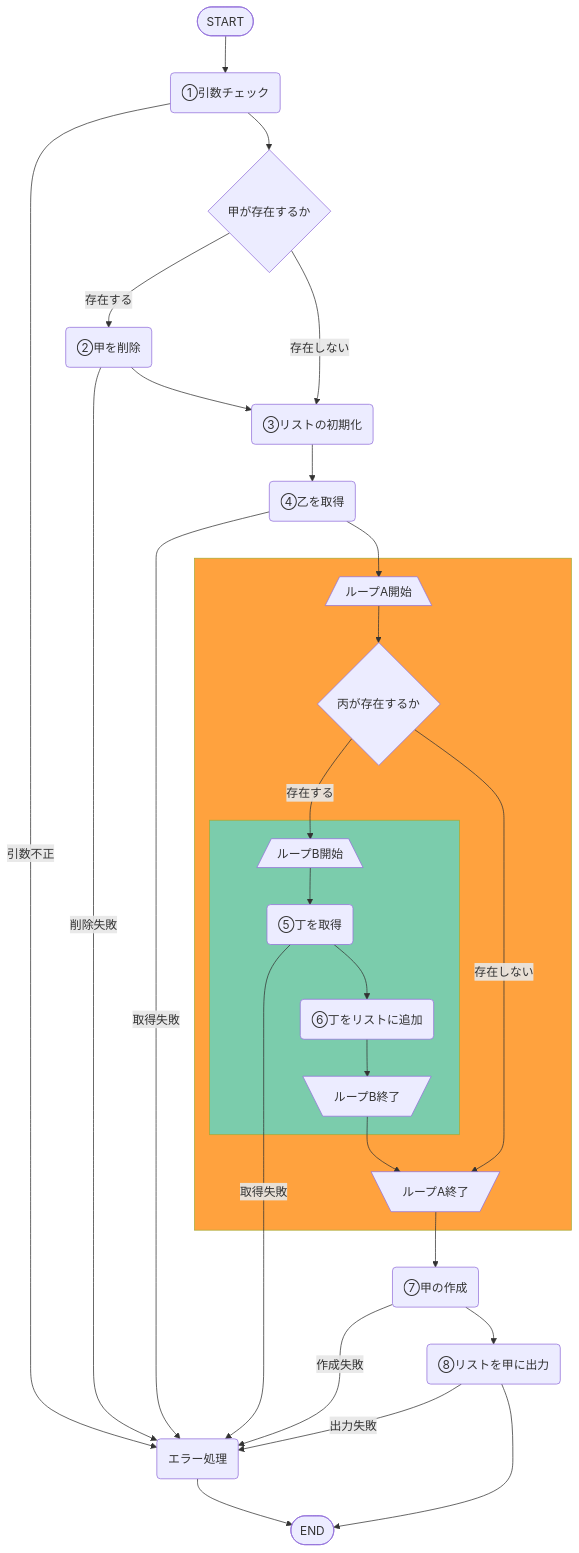
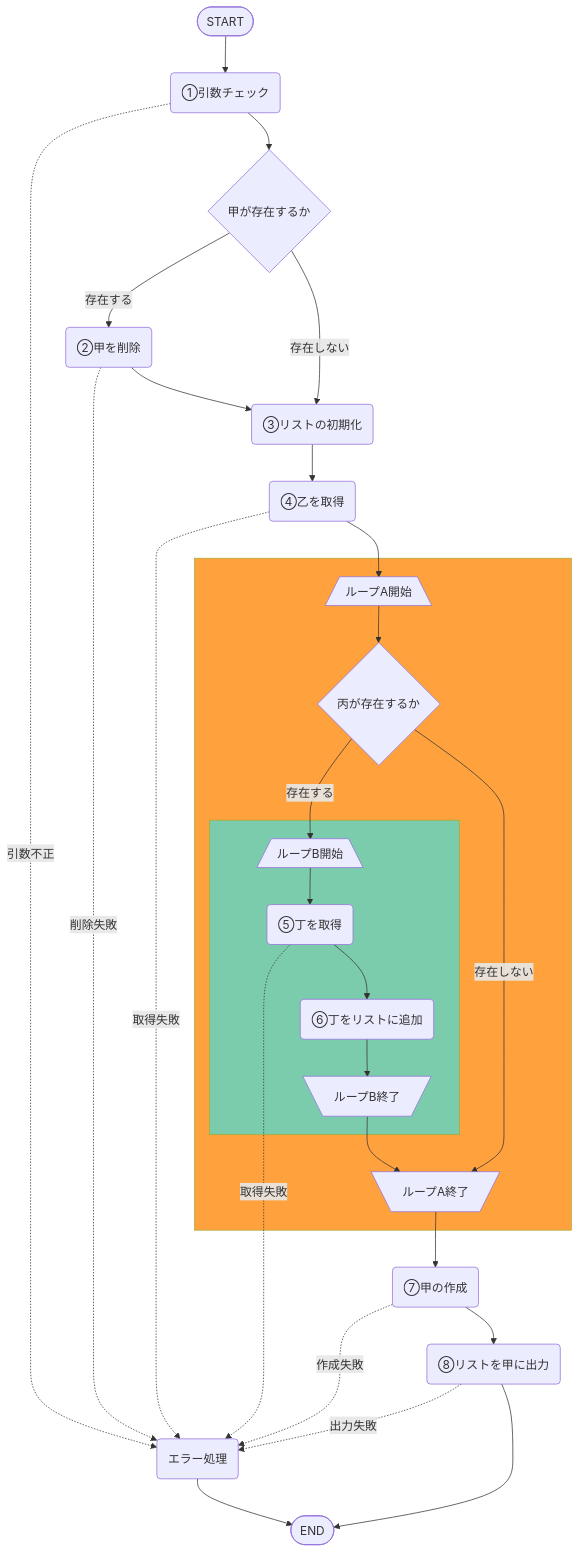
One commit to Kat-S/mermaid_test changed the diagram in フローチャート1.md. Above: the diagram before and after it, drawn with Mermaid.

````diff
--- a/フローチャート1.md
+++ b/フローチャート1.md
@@ -1,55 +1,55 @@
 ```mermaid
 graph TB
   %% ノード定義
   start(["START"])
   node_1("①引数チェック")
   fork_1{"甲が存在するか"}
   node_2("②甲を削除")  
   node_3("③リストの初期化")  
   node_4("④乙を取得")
   subgraph loop_1[" "]
     loop_1_start[/"ループA開始"\]
     loop_1_goal[\"ループA終了"/]
     fork_2{"丙が存在するか"}
     subgraph loop_2[" "]
       loop_2_start[/"ループB開始"\]
       loop_2_goal[\"ループB終了"/]  
       node_5("⑤丁を取得")
       node_6("⑥丁をリストに追加")        
     end
   end
   node_7("⑦甲の作成")
   node_8("⑧リストを甲に出力")  
   error_1("エラー処理")    
   goal(["END"])
 
   %% ノードスタイル定義
   style loop_1 fill:#ffa23e
   style loop_2 fill:#7BCCAC
 
   %% リンク定義
   start --> node_1
-  node_1 --> | 引数不正 | error_1  
+  node_1 -. "引数不正" .-> error_1  
   node_1 --> fork_1
-  fork_1 --> | 存在する | node_2   
-  node_2 --> | 削除失敗 | error_1  
+  fork_1 --> |"存在する"| node_2   
+  node_2 -. "削除失敗" .-> error_1  
   node_2 --> node_3
-  fork_1 --> | 存在しない | node_3
+  fork_1 --> |"存在しない"| node_3
   node_3 --> node_4
-  node_4 --> | 取得失敗 | error_1  
+  node_4 -. "取得失敗" .-> error_1  
   node_4 --> loop_1_start
   loop_1_start --> fork_2
-  fork_2 --> | 存在する | loop_2_start
+  fork_2 --> |"存在する"| loop_2_start
   loop_2_start --> node_5
-  node_5 --> | 取得失敗 | error_1
+  node_5 -. "取得失敗" .-> error_1
   node_5 --> node_6
   node_6 --> loop_2_goal
   loop_2_goal --> loop_1_goal
-  fork_2 --> | 存在しない | loop_1_goal
+  fork_2 --> |"存在しない"| loop_1_goal
   loop_1_goal --> node_7
-  node_7 --> | 作成失敗 | error_1  
+  node_7 -. "作成失敗" .-> error_1  
   node_7 --> node_8
-  node_8 --> | 出力失敗 | error_1  
+  node_8 -. "出力失敗" .-> error_1  
   node_8 --> goal  
   error_1 --> goal  
 ```
````
